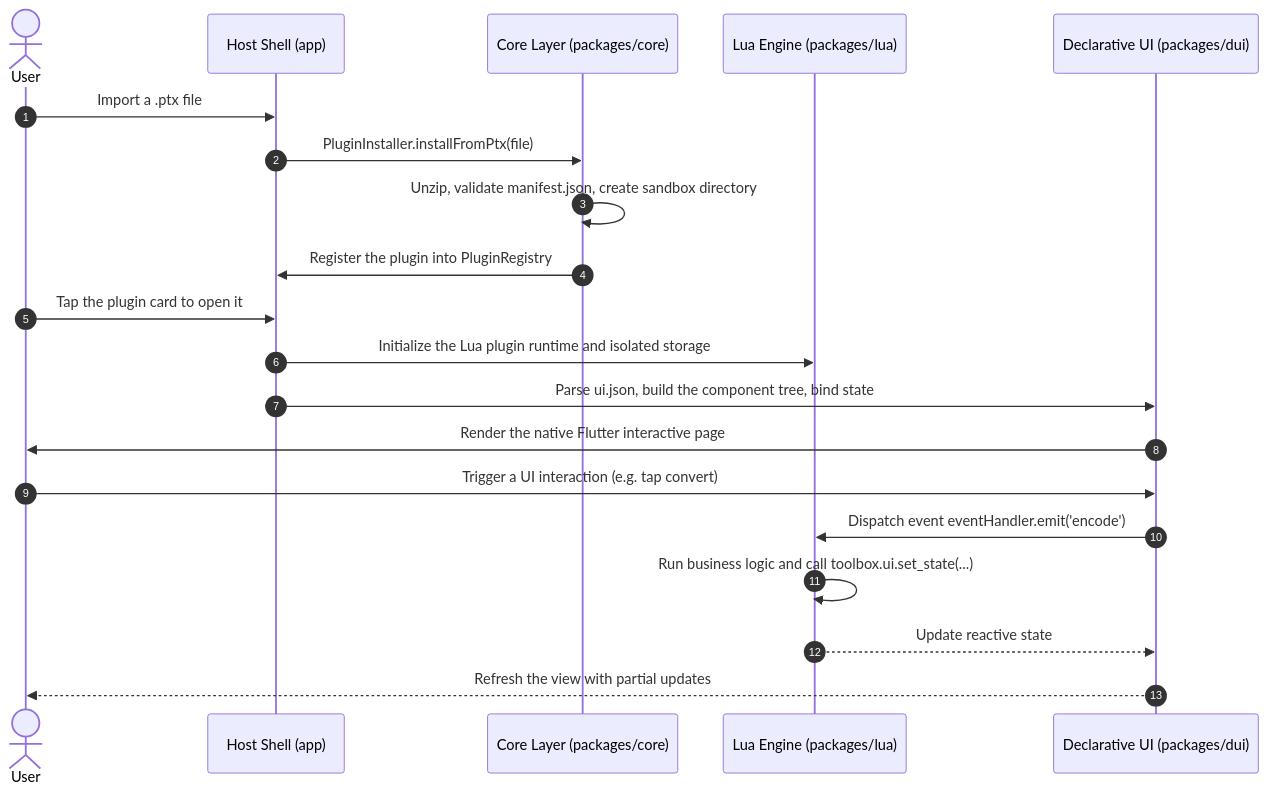
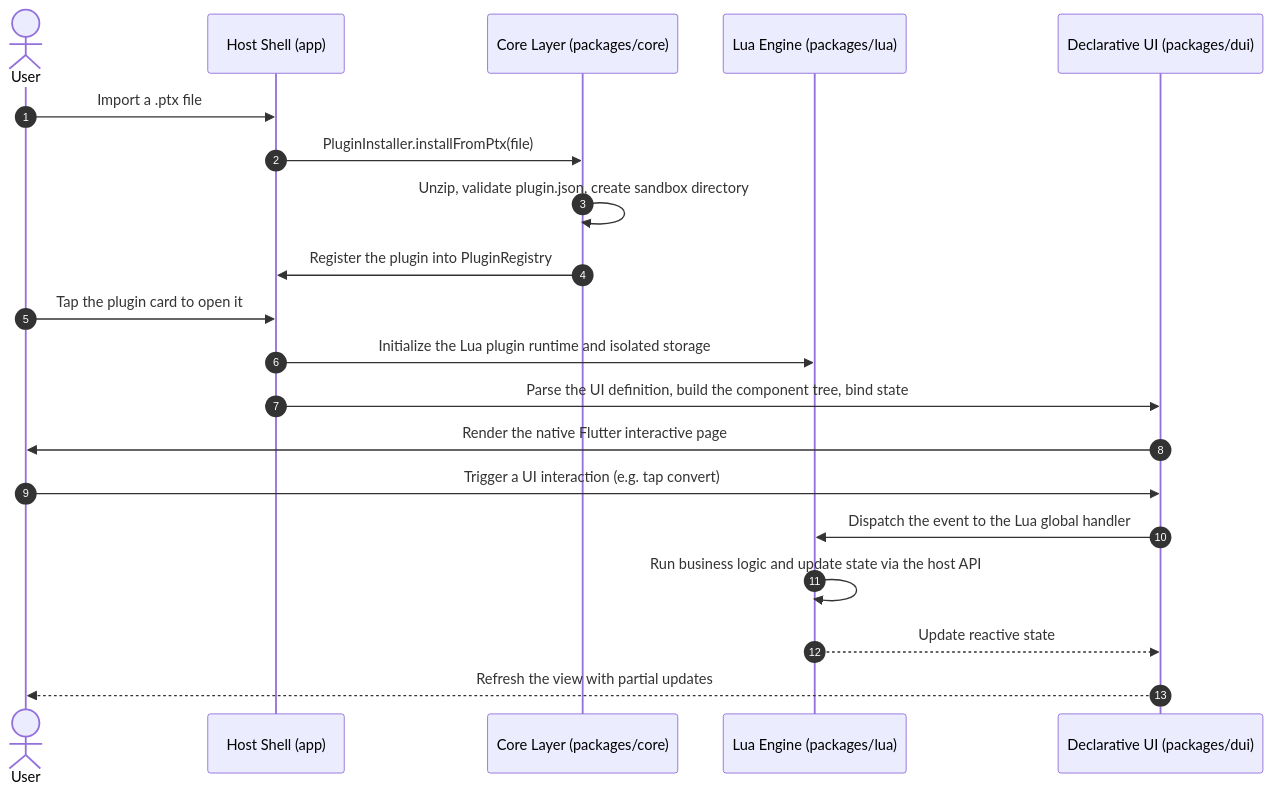
One commit to Aclguh/plugin-toolbox changed the diagram in README.en.md. Above: the diagram before and after it, drawn with Mermaid. The commit also changed other lines of this file and 1 other file, not shown here.

````diff
--- a/README.en.md
+++ b/README.en.md
@@ -64,23 +64,23 @@
 ```mermaid
 sequenceDiagram
     autonumber
     actor User as User
     participant App as Host Shell (app)
     participant Core as Core Layer (packages/core)
     participant Lua as Lua Engine (packages/lua)
     participant DUI as Declarative UI (packages/dui)
 
     User->>App: Import a .ptx file
     App->>Core: PluginInstaller.installFromPtx(file)
-    Core->>Core: Unzip, validate manifest.json, create sandbox directory
+    Core->>Core: Unzip, validate plugin.json, create sandbox directory
     Core->>App: Register the plugin into PluginRegistry
     User->>App: Tap the plugin card to open it
     App->>Lua: Initialize the Lua plugin runtime and isolated storage
-    App->>DUI: Parse ui.json, build the component tree, bind state
+    App->>DUI: Parse the UI definition, build the component tree, bind state
     DUI->>User: Render the native Flutter interactive page
     User->>DUI: Trigger a UI interaction (e.g. tap convert)
-    DUI->>Lua: Dispatch event eventHandler.emit('encode')
-    Lua->>Lua: Run business logic and call toolbox.ui.set_state(...)
+    DUI->>Lua: Dispatch the event to the Lua global handler
+    Lua->>Lua: Run business logic and update state via the host API
     Lua-->>DUI: Update reactive state
     DUI-->>User: Refresh the view with partial updates
 ```
````
